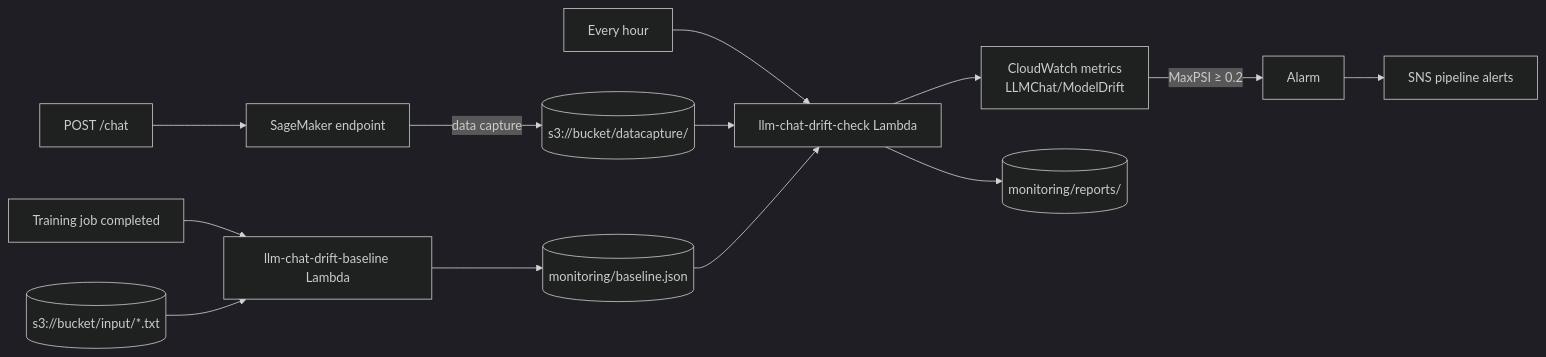
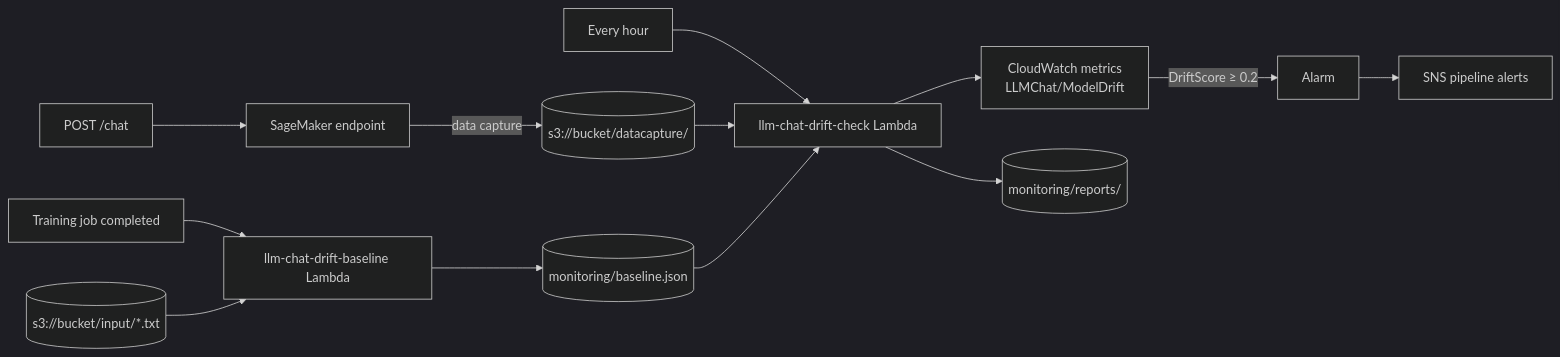
One commit to sumitgupta477/ModelTrainingSagemaker changed the diagram in README.md. Above: the diagram before and after it, drawn with Mermaid (dark theme). The commit also changed other lines of this file and 5 other files, not shown here.

````diff
--- a/README.md
+++ b/README.md
@@ -94,14 +94,14 @@
 ```mermaid
 flowchart LR
     api["POST /chat"] --> ep["SageMaker endpoint"]
     ep -->|data capture| cap[("s3://bucket/datacapture/")]
     done["Training job completed"] --> bl["llm-chat-drift-baseline Lambda"]
     data[("s3://bucket/input/*.txt")] --> bl
     bl --> base[("monitoring/baseline.json")]
     sched["Every hour"] --> chk["llm-chat-drift-check Lambda"]
     cap --> chk
     base --> chk
     chk --> cw["CloudWatch metrics<br/>LLMChat/ModelDrift"]
     chk --> rep[("monitoring/reports/")]
-    cw -->|"MaxPSI ≥ 0.2"| alarm["Alarm"] --> sns["SNS pipeline alerts"]
+    cw -->|"DriftScore ≥ 0.2"| alarm["Alarm"] --> sns["SNS pipeline alerts"]
 ```
````
